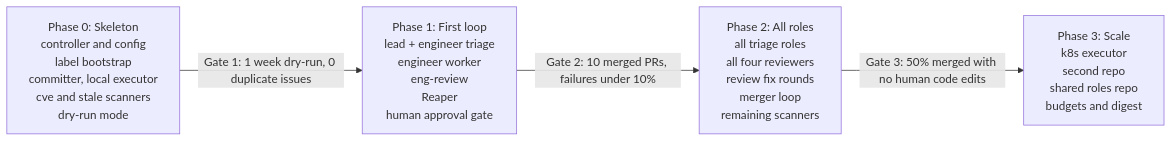
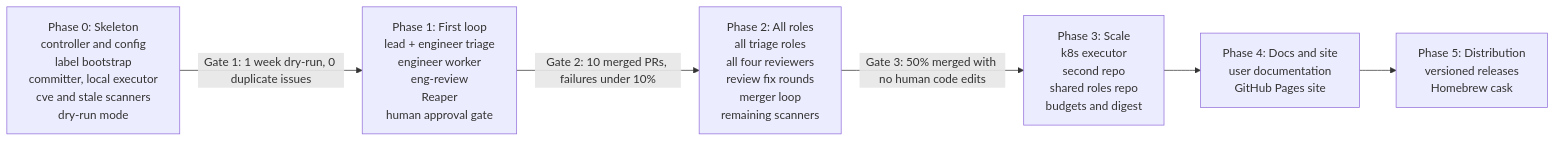
The third of 3 diagrams in docs/proposal.md (albertcbrown/ard), drawn with Mermaid before and after one commit. The commit also changed other lines of this file and 1 other file, not shown here.

Commit message:
Add Phase 4 (docs and site) and Phase 5 (distribution) (#179)
* Add Phase 4 (docs and site) and Phase 5 (distribution)

Rollout diagram gains the two phases (#178, #177); docs/TODO.md is
regenerated with their sections and the issues opened and closed since.

* Regenerate docs/TODO.md (adds #183)

````diff
--- a/docs/proposal.md
+++ b/docs/proposal.md
@@ -461,6 +461,8 @@
 ```mermaid
 flowchart LR
     P0["Phase 0: Skeleton<br/>controller and config<br/>label bootstrap<br/>committer, local executor<br/>cve and stale scanners<br/>dry-run mode"] -->|"Gate 1: 1 week dry-run, 0 duplicate issues"| P1["Phase 1: First loop<br/>lead + engineer triage<br/>engineer worker<br/>eng-review<br/>Reaper<br/>human approval gate"]
     P1 -->|"Gate 2: 10 merged PRs, failures under 10%"| P2["Phase 2: All roles<br/>all triage roles<br/>all four reviewers<br/>review fix rounds<br/>merger loop<br/>remaining scanners"]
     P2 -->|"Gate 3: 50% merged with no human code edits"| P3["Phase 3: Scale<br/>k8s executor<br/>second repo<br/>shared roles repo<br/>budgets and digest"]
+    P3 --> P4["Phase 4: Docs and site<br/>user documentation<br/>GitHub Pages site"]
+    P4 --> P5["Phase 5: Distribution<br/>versioned releases<br/>Homebrew cask"]
 ```
````
